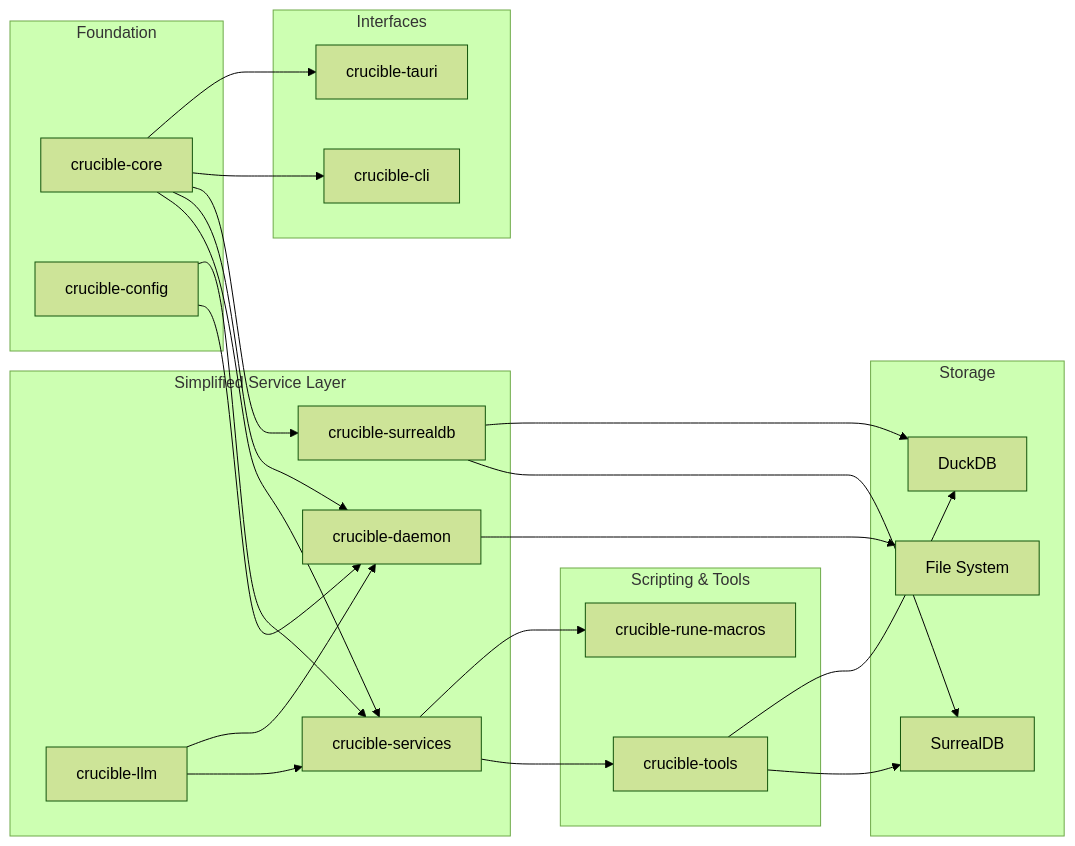
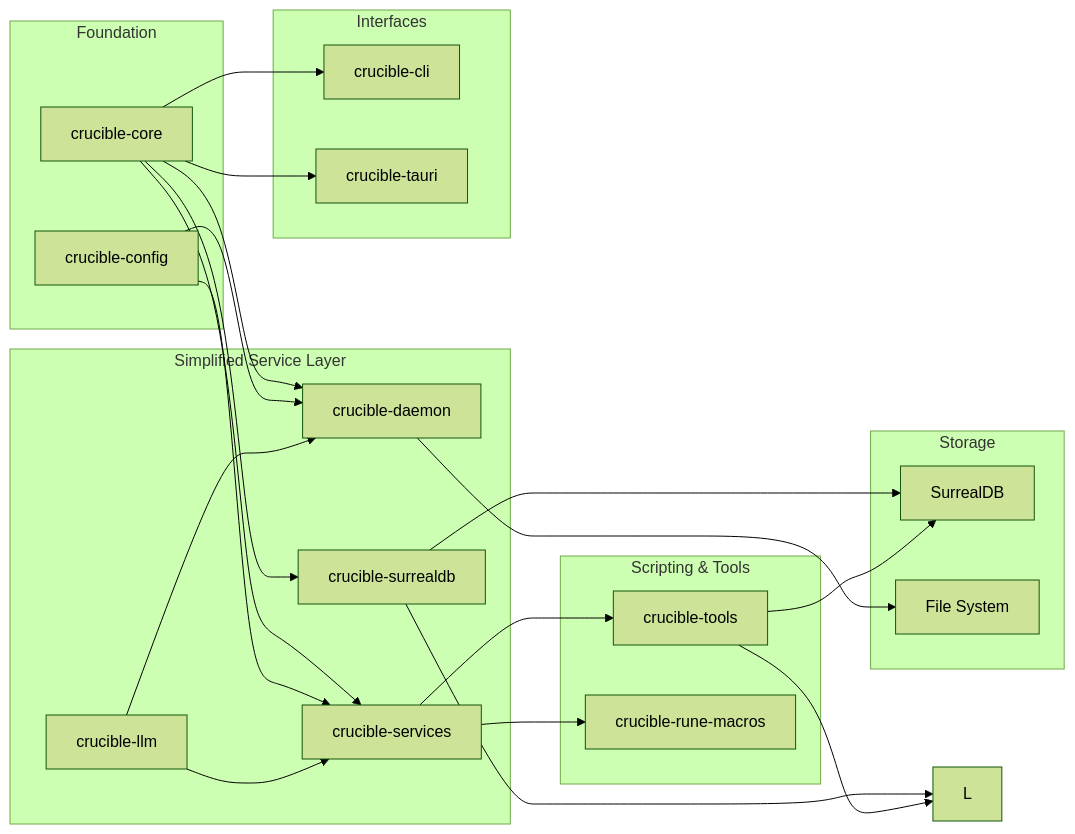
Before and after one commit to Mootikins/crucible: the second of 6 diagrams in docs/ARCHITECTURE.md, drawn with Mermaid (forest theme). The commit also changed other lines of this file and 283 other files, not shown here.

````diff
--- a/docs/ARCHITECTURE.md
+++ b/docs/ARCHITECTURE.md
@@ -75,53 +74,52 @@
 ```mermaid
 graph LR
     subgraph "Foundation"
         A[crucible-core]
         B[crucible-config]
     end
 
     subgraph "Simplified Service Layer"
         C[crucible-services]
         D[crucible-daemon]
         E[crucible-surrealdb]
         F[crucible-llm]
     end
 
     subgraph "Scripting & Tools"
         G[crucible-tools]
         H[crucible-rune-macros]
     end
 
     subgraph "Interfaces"
         I[crucible-cli]
         J[crucible-tauri]
     end
 
     subgraph "Storage"
         K[SurrealDB]
-        L[DuckDB]
         M[File System]
     end
 
     A --> C
     A --> D
     A --> E
     A --> I
     A --> J
 
     B --> D
     B --> C
 
     C --> G
     C --> H
 
     F --> C
     F --> D
 
     E --> K
     E --> L
 
     D --> M
 
     G --> K
     G --> L
 ```
````
